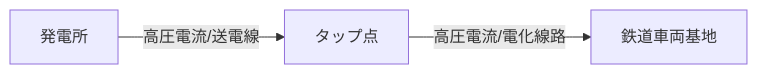
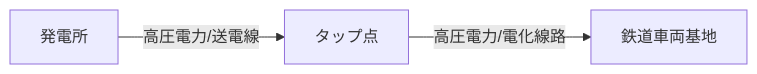
One commit to satken2/city-genesis changed the first of 2 diagrams in docs/docs/economics/6_公共交通機関.md. Above: the diagram before and after it, drawn with Mermaid. The commit also changed other lines of this file and 48 other files, not shown here.

````diff
--- a/docs/docs/economics/6_公共交通機関.md
+++ b/docs/docs/economics/6_公共交通機関.md
@@ -160,4 +160,4 @@
 ```mermaid
 graph LR
-発電所 -- 高圧電流/送電線 --> タップ点 -- 高圧電流/電化線路 --> 鉄道車両基地
+発電所 -- 高圧電力/送電線 --> タップ点 -- 高圧電力/電化線路 --> 鉄道車両基地
 ```
````
